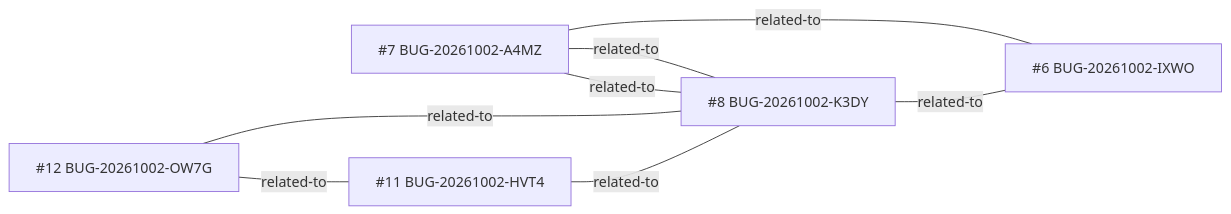
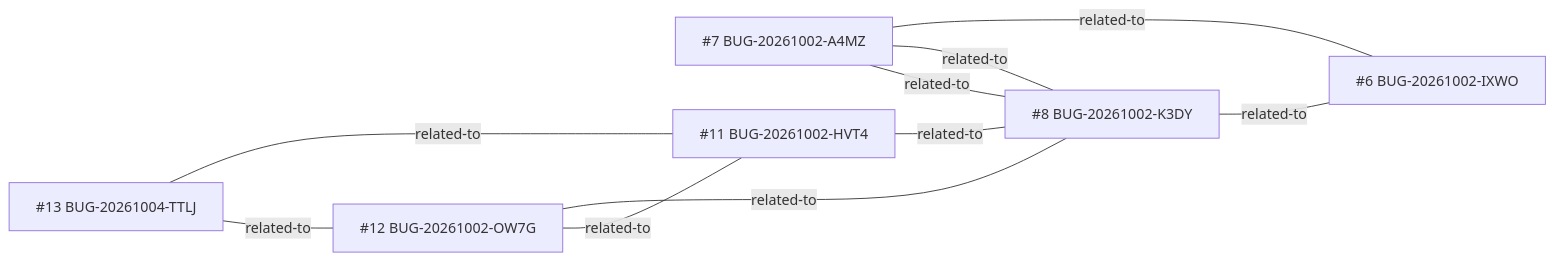
Before and after one commit to iago-leal/whispper-whatsapp-web: the diagram in _reversa_bugs/janela-flutuante/generated/graph.md, drawn with Mermaid. The commit also changed other lines of this file and 23 other files, not shown here.

````diff
--- a/_reversa_bugs/janela-flutuante/generated/graph.md
+++ b/_reversa_bugs/janela-flutuante/generated/graph.md
@@ -5,15 +5,18 @@
 ```mermaid
 graph LR
   BUG_20261002_IXWO["#6 BUG-20261002-IXWO"]
   BUG_20261002_A4MZ["#7 BUG-20261002-A4MZ"]
   BUG_20261002_K3DY["#8 BUG-20261002-K3DY"]
   BUG_20261002_HVT4["#11 BUG-20261002-HVT4"]
   BUG_20261002_OW7G["#12 BUG-20261002-OW7G"]
+  BUG_20261004_TTLJ["#13 BUG-20261004-TTLJ"]
   BUG_20261002_A4MZ ---|related-to| BUG_20261002_IXWO
   BUG_20261002_A4MZ ---|related-to| BUG_20261002_K3DY
   BUG_20261002_K3DY ---|related-to| BUG_20261002_A4MZ
   BUG_20261002_K3DY ---|related-to| BUG_20261002_IXWO
   BUG_20261002_HVT4 ---|related-to| BUG_20261002_K3DY
   BUG_20261002_OW7G ---|related-to| BUG_20261002_K3DY
   BUG_20261002_OW7G ---|related-to| BUG_20261002_HVT4
+  BUG_20261004_TTLJ ---|related-to| BUG_20261002_HVT4
+  BUG_20261004_TTLJ ---|related-to| BUG_20261002_OW7G
 ```
````
